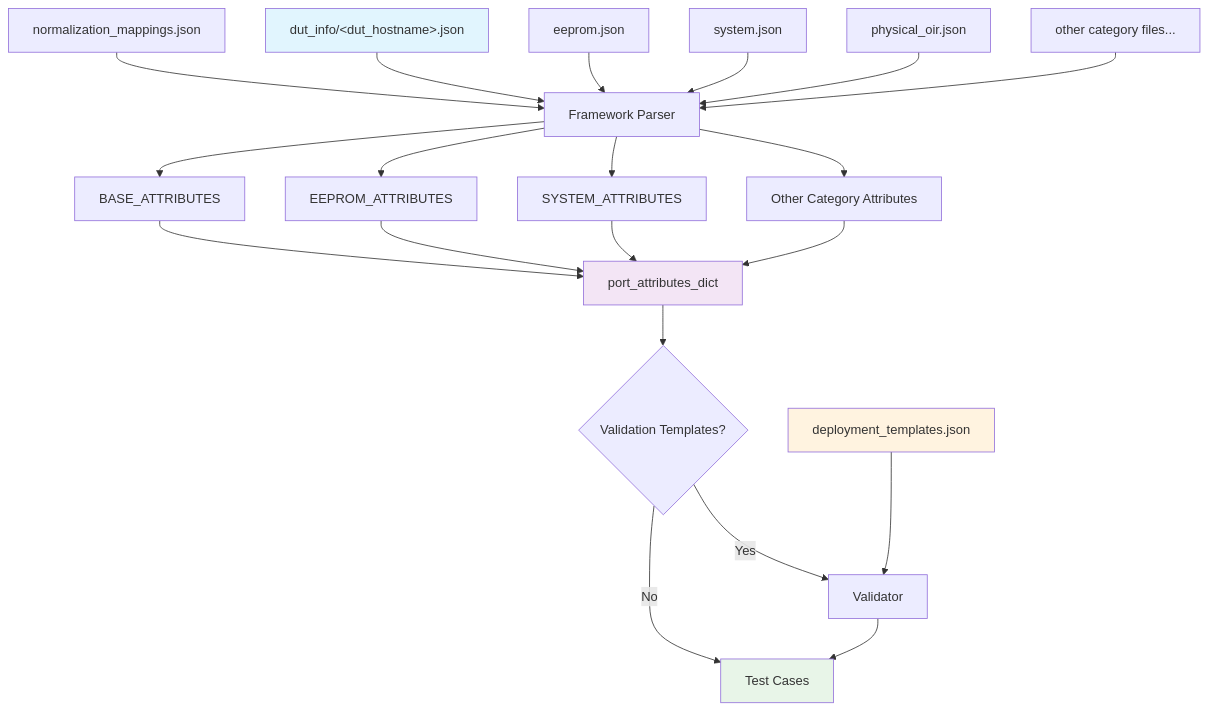
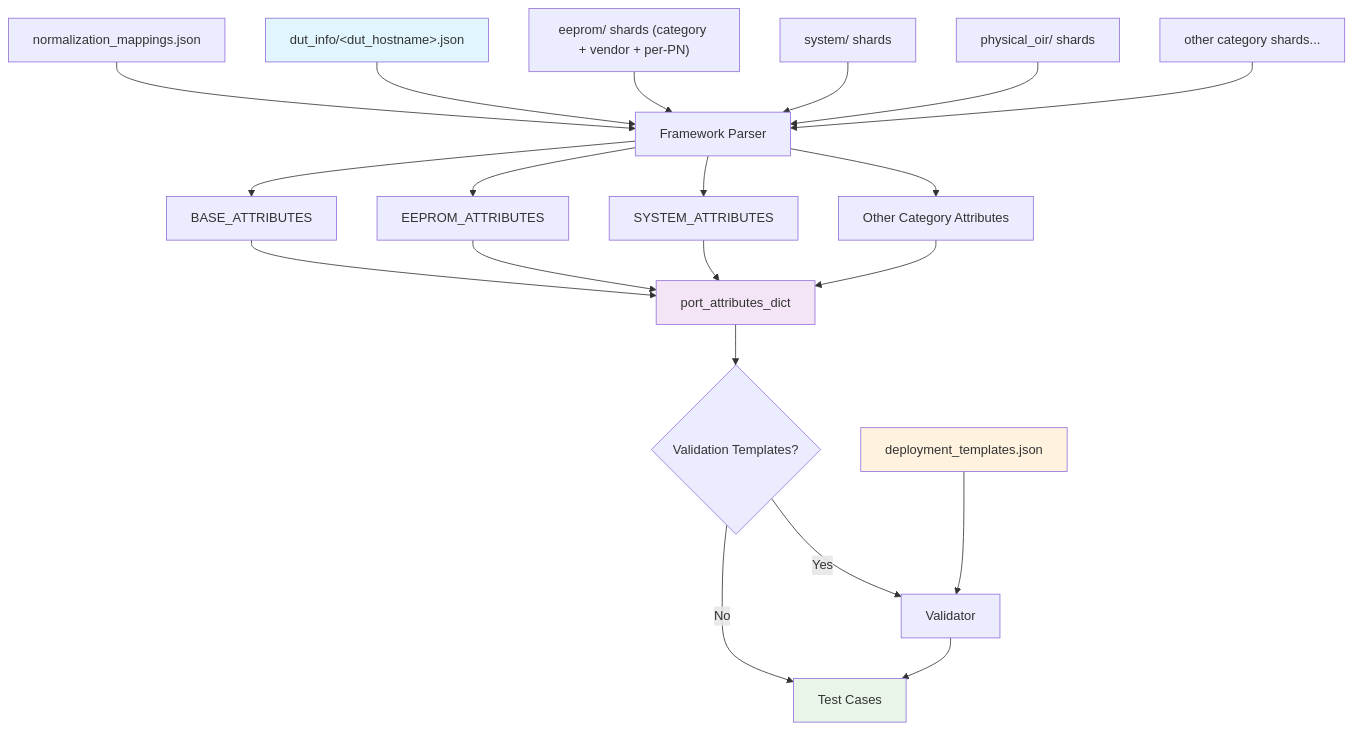
The diagram in docs/testplan/transceiver/diagrams/file_organization.md (sonic-net/sonic-mgmt), drawn with Mermaid before and after one commit. The commit also changed other lines of this file and 15 other files, not shown here.

````diff
--- a/docs/testplan/transceiver/diagrams/file_organization.md
+++ b/docs/testplan/transceiver/diagrams/file_organization.md
@@ -31,30 +49,30 @@
 ```mermaid
 graph TD
     NM[normalization_mappings.json] --> B[Framework Parser]
     A["dut_info/&lt;dut_hostname&gt;.json"] --> B
-    C[eeprom.json] --> B
-    D[system.json] --> B
-    E[physical_oir.json] --> B
-    F[other category files...] --> B
+    C["eeprom/ shards (category + vendor + per-PN)"] --> B
+    D["system/ shards"] --> B
+    E["physical_oir/ shards"] --> B
+    F[other category shards...] --> B
 
     B --> H[BASE_ATTRIBUTES]
     B --> I[EEPROM_ATTRIBUTES]
     B --> J[SYSTEM_ATTRIBUTES]
     B --> K[Other Category Attributes]
 
     H --> G[port_attributes_dict]
     I --> G
     J --> G
     K --> G
 
     G --> M{Validation Templates?}
     M -->|Yes| N[Validator]
     M -->|No| L[Test Cases]
     N --> L
     O[deployment_templates.json] --> N
 
     style A fill:#e1f5fe
     style G fill:#f3e5f5
     style L fill:#e8f5e8
     style O fill:#fff3e0
 ```
````
